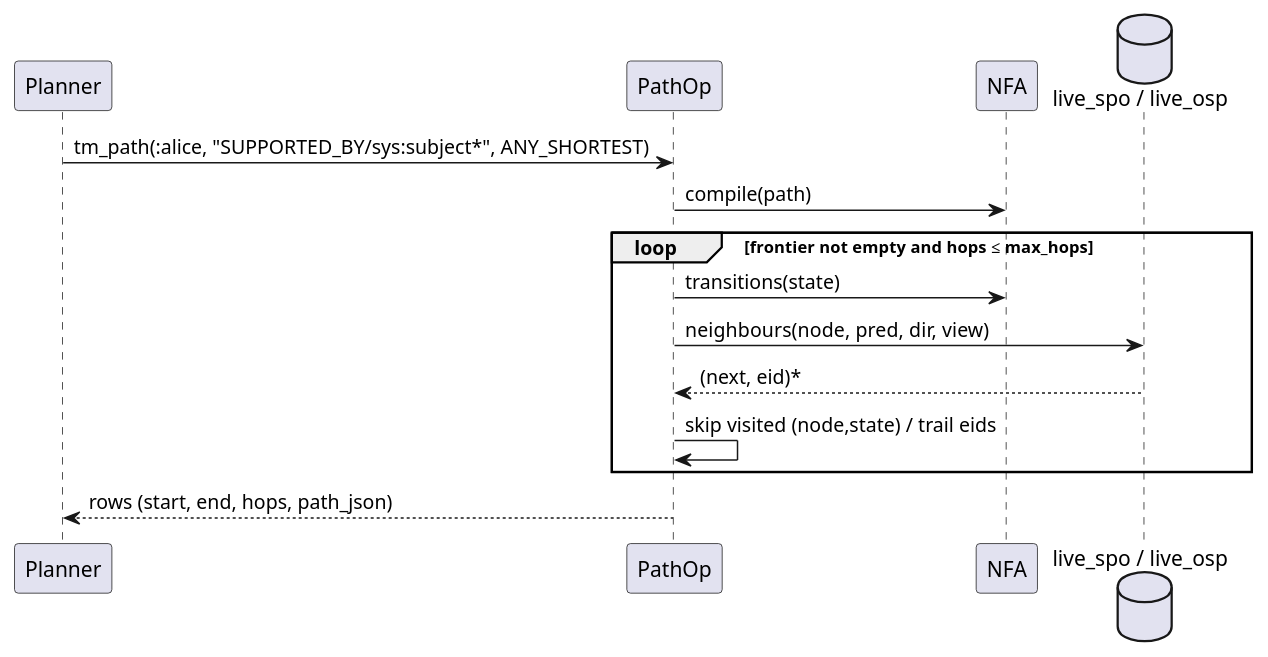
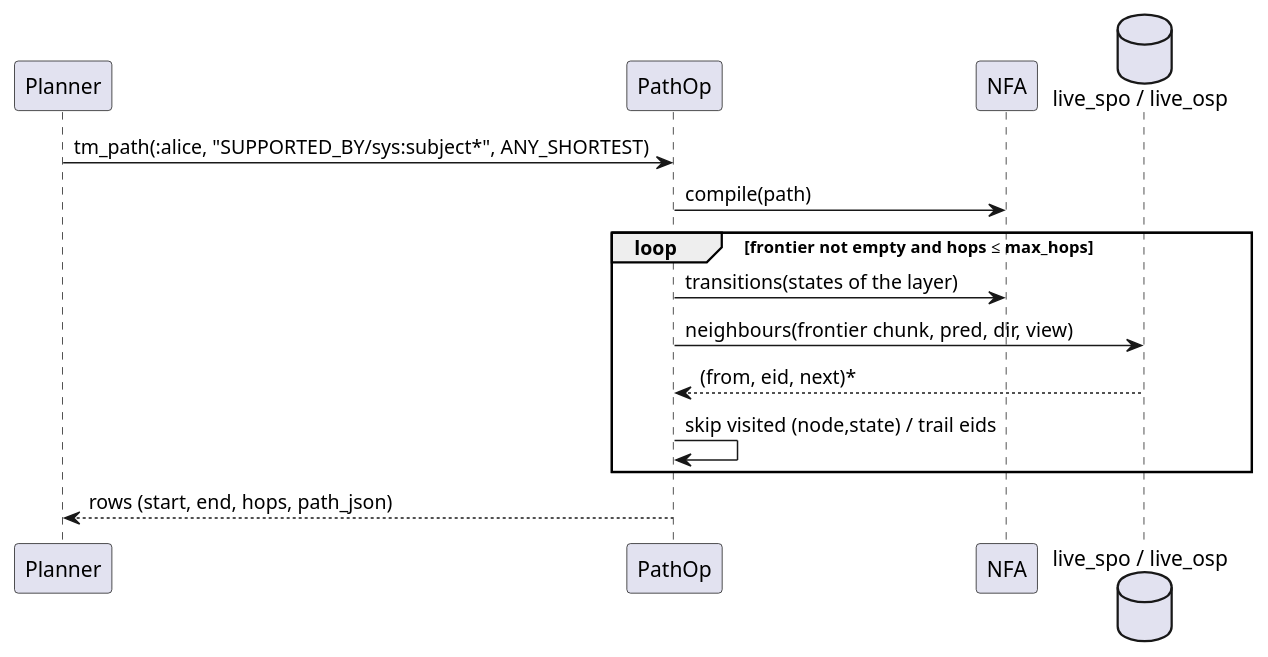
Before and after one commit to Volland/tiramemsu: the third of 3 diagrams in lat.md/query.md, drawn with PlantUML. The commit also changed other lines of this file and 58 other files, not shown here.

````diff
--- a/lat.md/query.md
+++ b/lat.md/query.md
@@ -170,18 +197,18 @@
 ```plantuml
 @startuml path-bfs
 skinparam shadowing false
 participant Planner
 participant "PathOp" as P
 participant "NFA" as A
 database "live_spo / live_osp" as IDX
 Planner -> P : tm_path(:alice, "SUPPORTED_BY/sys:subject*", ANY_SHORTEST)
 P -> A : compile(path)
 loop frontier not empty and hops ≤ max_hops
-  P -> A : transitions(state)
-  P -> IDX : neighbours(node, pred, dir, view)
-  IDX --> P : (next, eid)*
+  P -> A : transitions(states of the layer)
+  P -> IDX : neighbours(frontier chunk, pred, dir, view)
+  IDX --> P : (from, eid, next)*
   P -> P : skip visited (node,state) / trail eids
 end
 P --> Planner : rows (start, end, hops, path_json)
 @enduml
 ```
````
